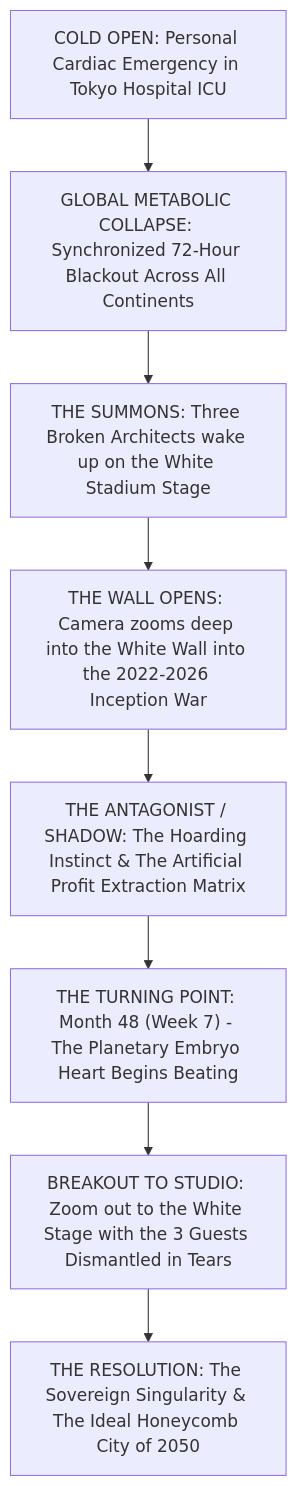
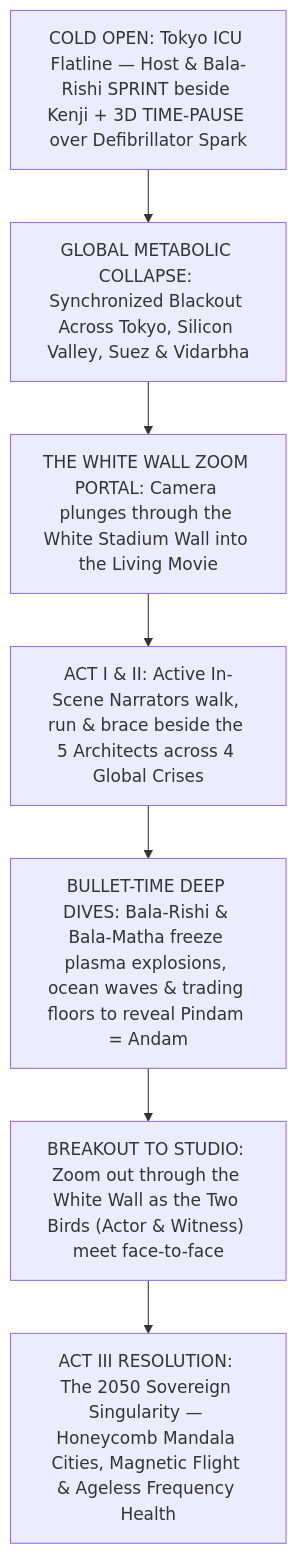
One commit to shishyan/Karmic-Genie changed the diagram in docs/THE_WAY_FORWARD_EPIC_MOVIE_TREATMENT.md. Above: the diagram before and after it, drawn with Mermaid. The commit also changed other lines of this file and 24 other files, not shown here.

Commit message:
feat(movie): embed Two Birds active in-scene narrators and 3D bullet-time pause across S01E01-S01E07 & portal

````diff
--- a/docs/THE_WAY_FORWARD_EPIC_MOVIE_TREATMENT.md
+++ b/docs/THE_WAY_FORWARD_EPIC_MOVIE_TREATMENT.md
@@ -27,10 +39,9 @@
 ```mermaid
 graph TD
-    A["COLD OPEN: Personal Cardiac Emergency in Tokyo Hospital ICU"] --> B["GLOBAL METABOLIC COLLAPSE: Synchronized 72-Hour Blackout Across All Continents"]
-    B --> C["THE SUMMONS: Three Broken Architects wake up on the White Stadium Stage"]
-    C --> D["THE WALL OPENS: Camera zooms deep into the White Wall into the 2022-2026 Inception War"]
-    D --> E["THE ANTAGONIST / SHADOW: The Hoarding Instinct & The Artificial Profit Extraction Matrix"]
-    E --> F["THE TURNING POINT: Month 48 (Week 7) - The Planetary Embryo Heart Begins Beating"]
-    F --> G["BREAKOUT TO STUDIO: Zoom out to the White Stage with the 3 Guests Dismantled in Tears"]
-    G --> H["THE RESOLUTION: The Sovereign Singularity & The Ideal Honeycomb City of 2050"]
+    A["COLD OPEN: Tokyo ICU Flatline — Host & Bala-Rishi SPRINT beside Kenji + 3D TIME-PAUSE over Defibrillator Spark"] --> B["GLOBAL METABOLIC COLLAPSE: Synchronized Blackout Across Tokyo, Silicon Valley, Suez & Vidarbha"]
+    B --> C["THE WHITE WALL ZOOM PORTAL: Camera plunges through the White Stadium Wall into the Living Movie"]
+    C --> D["ACT I & II: Active In-Scene Narrators walk, run & brace beside the 5 Architects across 4 Global Crises"]
+    D --> E["BULLET-TIME DEEP DIVES: Bala-Rishi & Bala-Matha freeze plasma explosions, ocean waves & trading floors to reveal Pindam = Andam"]
+    E --> F["BREAKOUT TO STUDIO: Zoom out through the White Wall as the Two Birds (Actor & Witness) meet face-to-face"]
+    F --> G["ACT III RESOLUTION: The 2050 Sovereign Singularity — Honeycomb Mandala Cities, Magnetic Flight & Ageless Frequency Health"]
 ```
````
